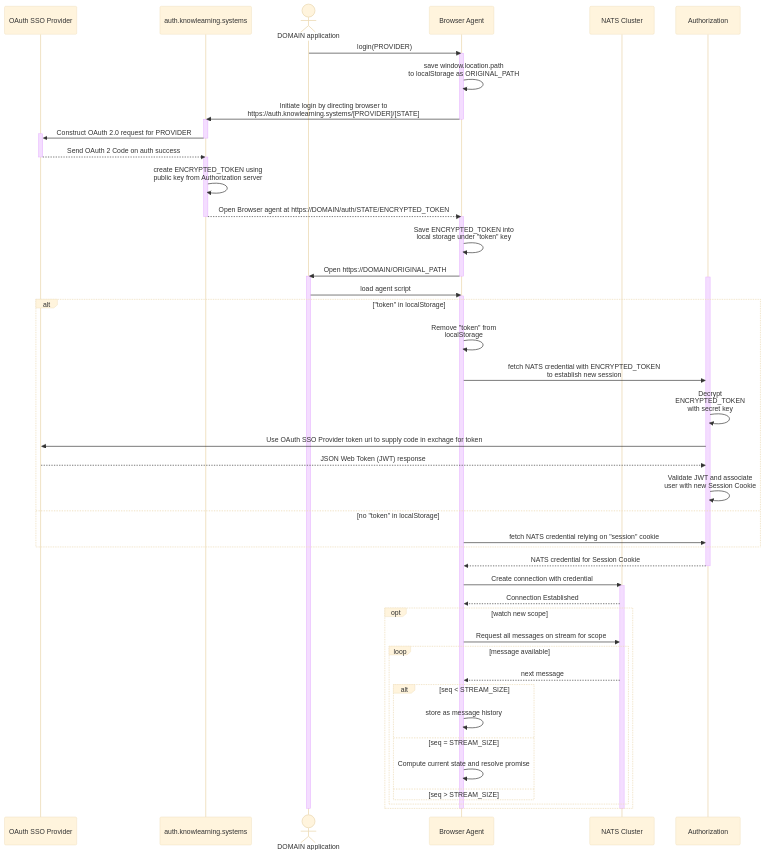
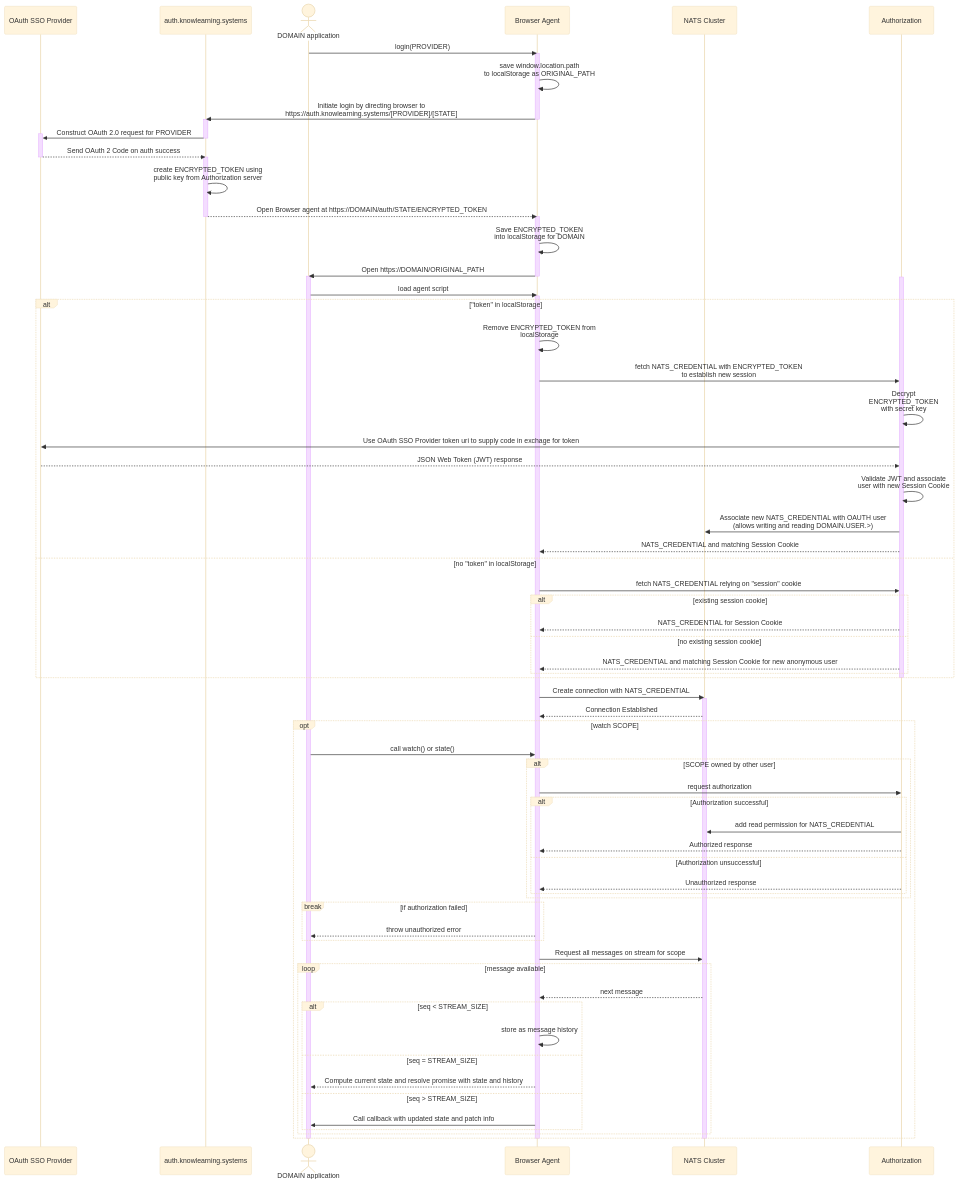
One commit to knowlearning/platform changed the third of 3 diagrams in README.md. Above: the diagram before and after it, drawn with Mermaid (base theme). The commit also changed 4 other files, not shown here.

Commit message:
Update sequence diagram

````diff
--- a/README.md
+++ b/README.md
@@ -142,62 +142,82 @@
 ```mermaid
 sequenceDiagram
 
   participant OAuth SSO Provider
   participant auth.knowlearning.systems
   actor DOMAIN application
   participant Browser Agent
   participant NATS Cluster
   participant Authorization
 
   DOMAIN application ->> Browser Agent: login(PROVIDER)
   activate Browser Agent
   Browser Agent ->> Browser Agent: save window.location.path<br>to localStorage as ORIGINAL_PATH
   Browser Agent ->> auth.knowlearning.systems: Initiate login by directing browser to<br>https://auth.knowlearning.systems/[PROVIDER]/[STATE]
   deactivate Browser Agent
   activate auth.knowlearning.systems
   auth.knowlearning.systems ->>+OAuth SSO Provider: Construct OAuth 2.0 request for PROVIDER
   deactivate auth.knowlearning.systems
   OAuth SSO Provider -->>-auth.knowlearning.systems: Send OAuth 2 Code on auth success
   activate auth.knowlearning.systems
   auth.knowlearning.systems ->> auth.knowlearning.systems: create ENCRYPTED_TOKEN using<br>public key from Authorization server
   auth.knowlearning.systems -->> Browser Agent: Open Browser agent at https://DOMAIN/auth/STATE/ENCRYPTED_TOKEN
   deactivate auth.knowlearning.systems
   activate Browser Agent
-  Browser Agent ->> Browser Agent: Save ENCRYPTED_TOKEN into<br>local storage under "token" key
+  Browser Agent ->> Browser Agent: Save ENCRYPTED_TOKEN<br>into localStorage for DOMAIN
   Browser Agent ->> DOMAIN application: Open https://DOMAIN/ORIGINAL_PATH
   deactivate Browser Agent
   activate DOMAIN application
   activate Authorization
   DOMAIN application ->> Browser Agent: load agent script
   activate Browser Agent
   alt "token" in localStorage
-    Browser Agent ->> Browser Agent: Remove "token" from<br>localStorage
-    Browser Agent ->> Authorization: fetch NATS credential with ENCRYPTED_TOKEN<br>to establish new session
+    Browser Agent ->> Browser Agent: Remove ENCRYPTED_TOKEN from<br>localStorage
+    Browser Agent ->> Authorization: fetch NATS_CREDENTIAL with ENCRYPTED_TOKEN<br>to establish new session
     Authorization ->> Authorization: Decrypt<br>ENCRYPTED_TOKEN<br>with secret key
     Authorization ->> OAuth SSO Provider: Use OAuth SSO Provider token uri to supply code in exchage for token
     OAuth SSO Provider -->> Authorization: JSON Web Token (JWT) response
     Authorization ->> Authorization: Validate JWT and associate<br>user with new Session Cookie
+    Authorization ->> NATS Cluster: Associate new NATS_CREDENTIAL with OAUTH user<br>(allows writing and reading DOMAIN.USER.>)
+    Authorization -->> Browser Agent: NATS_CREDENTIAL and matching Session Cookie
   else no "token" in localStorage
-    Browser Agent ->> Authorization: fetch NATS credential relying on "session" cookie
+    Browser Agent ->> Authorization: fetch NATS_CREDENTIAL relying on "session" cookie
+    alt existing session cookie
+      Authorization -->> Browser Agent: NATS_CREDENTIAL for Session Cookie
+    else no existing session cookie
+      Authorization -->> Browser Agent: NATS_CREDENTIAL and matching Session Cookie for new anonymous user
+    end
   end
-  Authorization -->> Browser Agent: NATS credential for Session Cookie
   deactivate Authorization
-  Browser Agent ->> NATS Cluster: Create connection with credential
+  Browser Agent ->> NATS Cluster: Create connection with NATS_CREDENTIAL
   activate NATS Cluster
   NATS Cluster -->> Browser Agent: Connection Established
-  opt watch new scope
+  opt watch SCOPE
+    DOMAIN application ->> Browser Agent: call watch() or state()
+    alt SCOPE owned by other user
+      Browser Agent ->> Authorization: request authorization
+      alt Authorization successful
+        Authorization ->> NATS Cluster: add read permission for NATS_CREDENTIAL
+        Authorization -->> Browser Agent: Authorized response
+      else Authorization unsuccessful
+        Authorization -->> Browser Agent: Unauthorized response
+      end
+    end
+    break if authorization failed
+      Browser Agent -->> DOMAIN application: throw unauthorized error
+    end
     Browser Agent ->> NATS Cluster: Request all messages on stream for scope
     loop message available
         NATS Cluster -->> Browser Agent: next message
         alt seq < STREAM_SIZE
           Browser Agent ->> Browser Agent: store as message history
         else seq = STREAM_SIZE
-          Browser Agent ->> Browser Agent: Compute current state and resolve promise
+          Browser Agent -->> DOMAIN application: Compute current state and resolve promise with state and history
         else seq > STREAM_SIZE
+          Browser Agent ->> DOMAIN application: Call callback with updated state and patch info
         end
     end
   end
   deactivate Browser Agent
   deactivate DOMAIN application
   deactivate NATS Cluster
-```
+  ```
````
